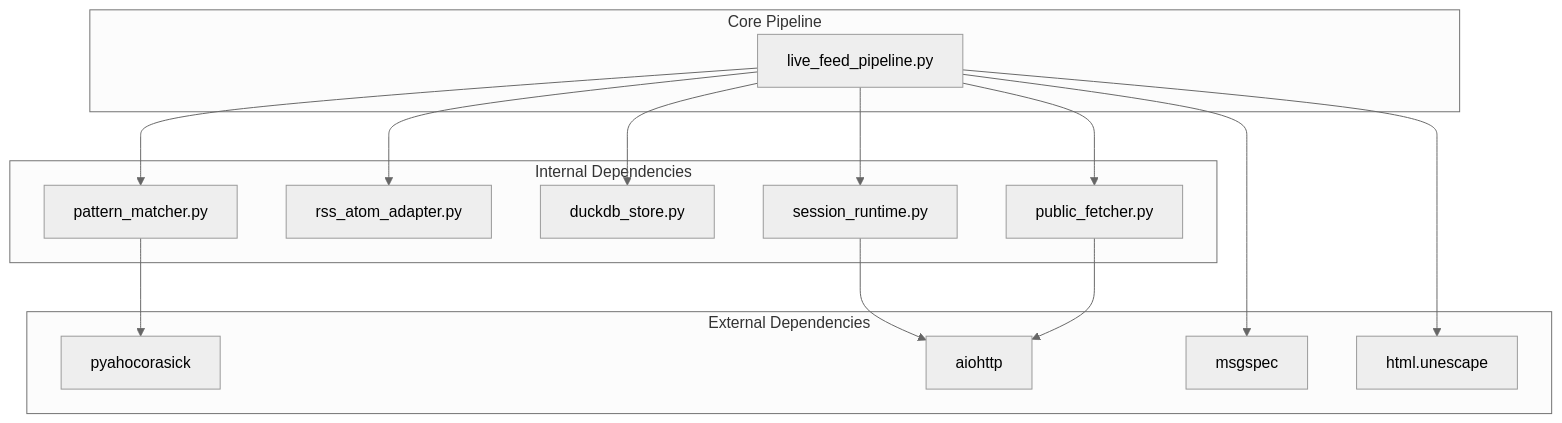
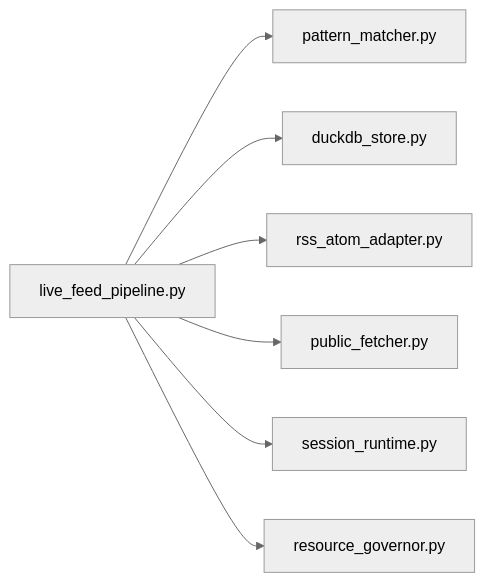
The third of 3 diagrams in .qoder/repowiki/en/content/Pipeline System/Live Feed Pipeline.md (Hamulda/hledac-universal), drawn with Mermaid (neutral theme) before and after one commit. The commit also changed other lines of this file and 236 other files, not shown here.

````diff
--- a/.qoder/repowiki/en/content/Pipeline System/Live Feed Pipeline.md
+++ b/.qoder/repowiki/en/content/Pipeline System/Live Feed Pipeline.md
@@ -280,29 +262,9 @@
 ```mermaid
-graph TB
-subgraph "External Dependencies"
-AH[pyahocorasick]
-AIOHTTP[aiohttp]
-MSGSPEC[msgspec]
-HTML[html.unescape]
-end
-subgraph "Internal Dependencies"
-PM[pattern_matcher.py]
-RA[rss_atom_adapter.py]
-DS[duckdb_store.py]
-SR[session_runtime.py]
-PF[public_fetcher.py]
-end
-subgraph "Core Pipeline"
-LFP[live_feed_pipeline.py]
-end
-LFP --> PM
-LFP --> RA
-LFP --> DS
-LFP --> SR
-LFP --> PF
-PM --> AH
-LFP --> MSGSPEC
-LFP --> HTML
-SR --> AIOHTTP
-PF --> AIOHTTP
+graph LR
+LF["live_feed_pipeline.py"] --> PM["pattern_matcher.py"]
+LF --> DS["duckdb_store.py"]
+LF --> RA["rss_atom_adapter.py"]
+LF --> PF["public_fetcher.py"]
+LF --> SR["session_runtime.py"]
+LF --> RG["resource_governor.py"]
 ```
````
